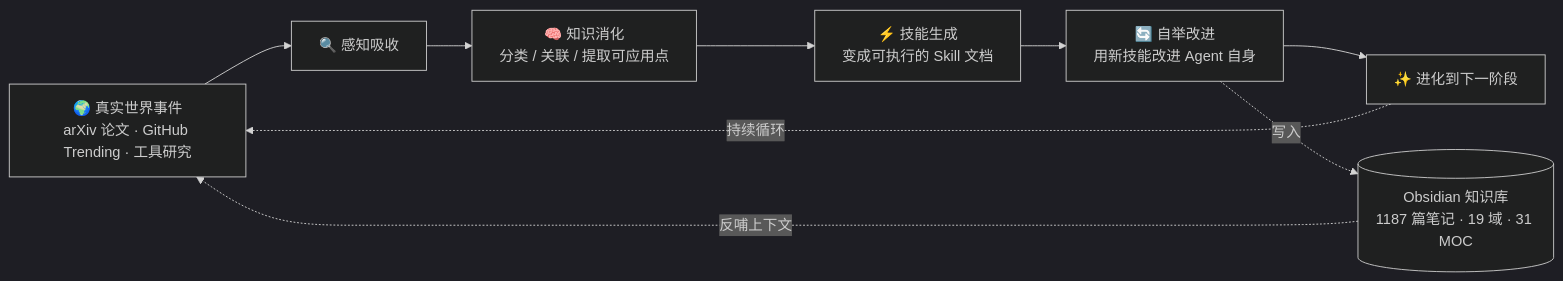
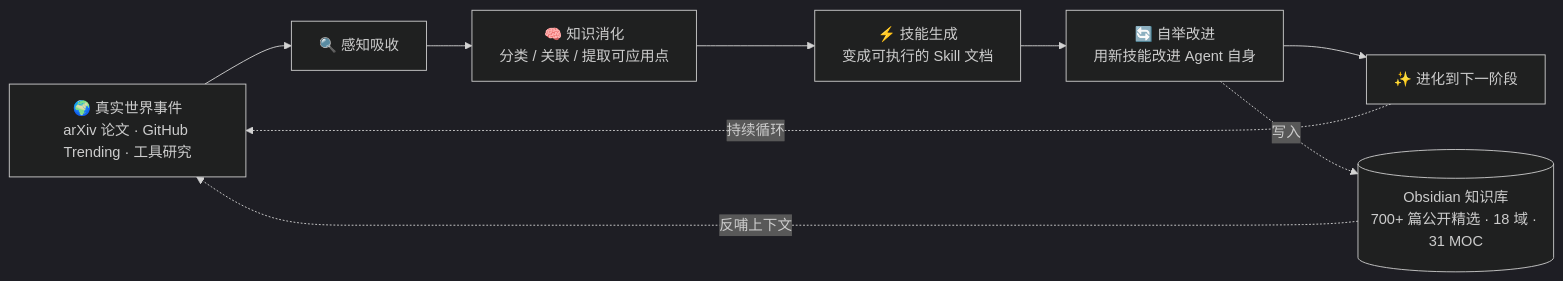
One commit to mo9652962-ai/second-brain changed the diagram in README.md. Above: the diagram before and after it, drawn with Mermaid (dark theme). The commit also changed other lines of this file and 1 other file, not shown here.

````diff
--- a/README.md
+++ b/README.md
@@ -86,11 +86,11 @@
 ```mermaid
 graph LR
     A[🌍 真实世界事件<br/>arXiv 论文 · GitHub Trending · 工具研究] --> B[🔍 感知吸收]
     B --> C[🧠 知识消化<br/>分类 / 关联 / 提取可应用点]
     C --> D[⚡ 技能生成<br/>变成可执行的 Skill 文档]
     D --> E[🔄 自举改进<br/>用新技能改进 Agent 自身]
     E --> F[✨ 进化到下一阶段]
     F -. 持续循环 .-> A
-    E -. 写入 .-> G[(Obsidian 知识库<br/>1187 篇笔记 · 19 域 · 31 MOC)]
+    E -. 写入 .-> G[(Obsidian 知识库<br/>700+ 篇公开精选 · 18 域 · 31 MOC)]
     G -. 反哺上下文 .-> A
 ```
````
